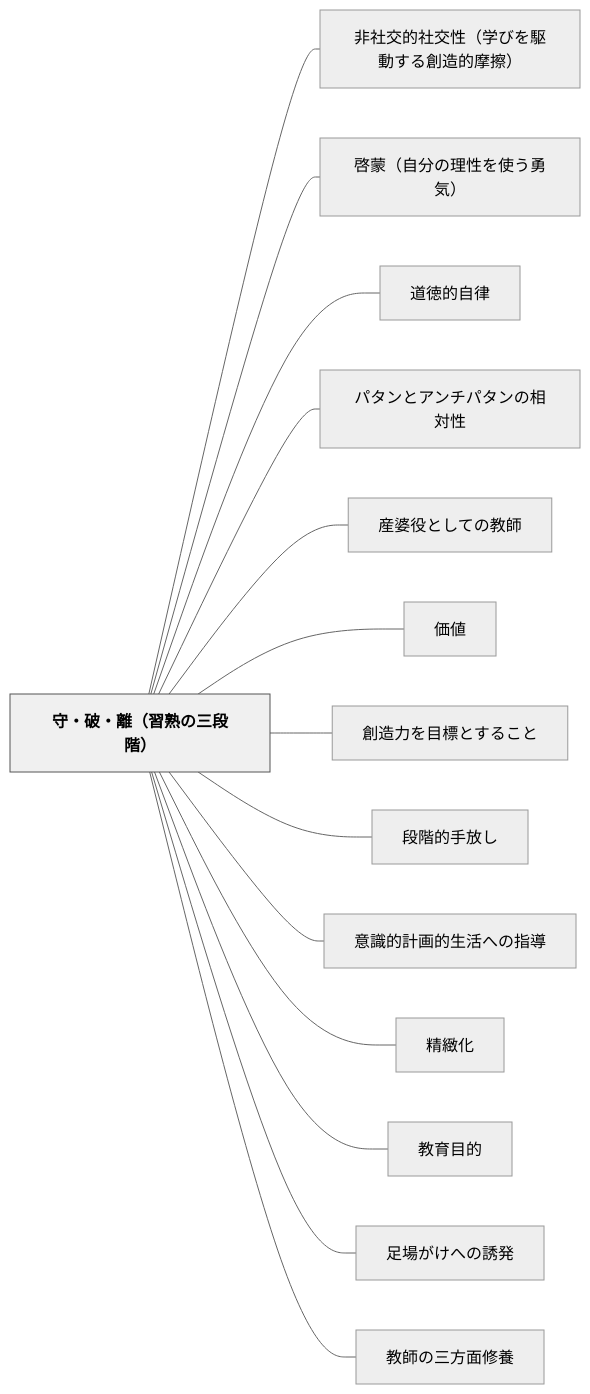
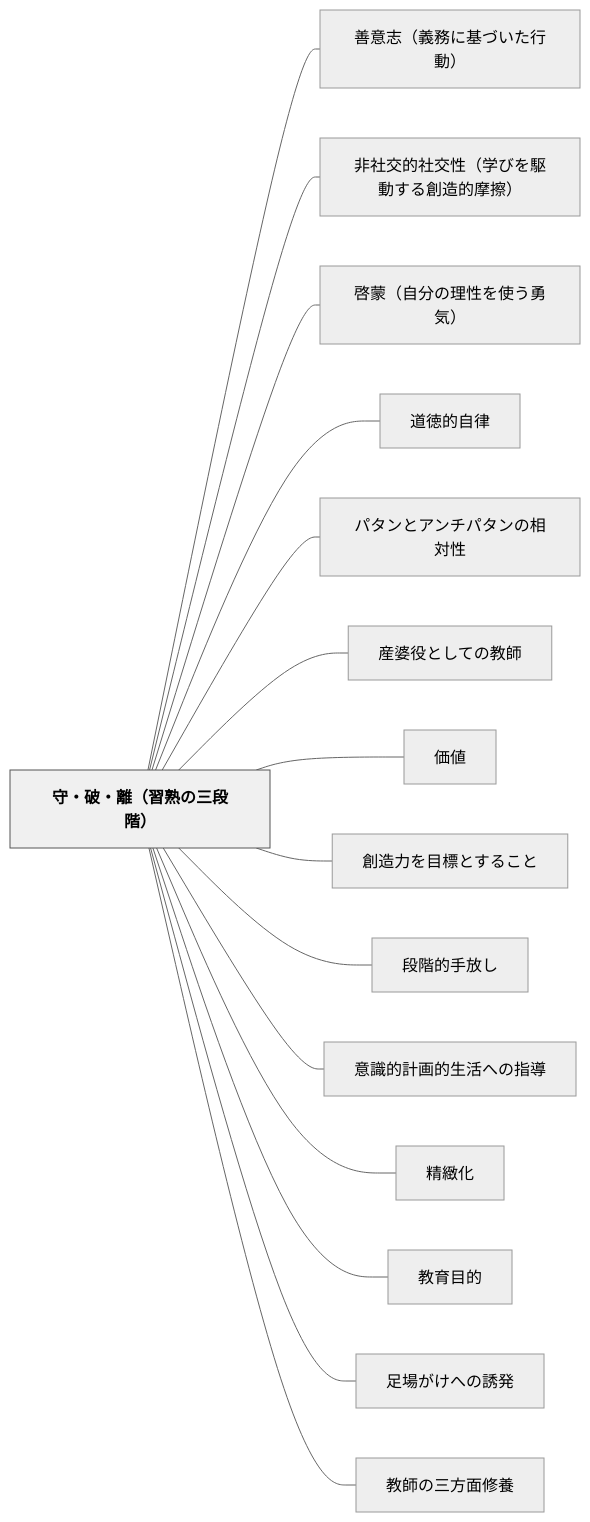
Before and after one commit to unknownthings-ed-patterns/unknownthings-ed-patterns: the diagram in content/パタン/守・破・離（習熟の三段階）.md, drawn with Mermaid (neutral theme). The commit also changed other lines of this file and 18 other files, not shown here.

````diff
--- a/content/パタン/守・破・離（習熟の三段階）.md
+++ b/content/パタン/守・破・離（習熟の三段階）.md
@@ -166,34 +167,36 @@
 ```mermaid
 flowchart LR
     ne5ae88e383bbe7a0b4e383bbe99ba2efbc88e7bf92e7869fe381aee4b889e6aeb5e99a8eefbc89["守・破・離（習熟の三段階）"]
+    ne59684e6848fe5bf97efbc88e7bea9e58b99e381abe59fbae381a5e38184e3819fe8a18ce58b95efbc89["善意志（義務に基づいた行動）"]
     ne99d9ee7a4bee4baa4e79a84e7a4bee4baa4e680a7efbc88e5ada6e381b3e38292e9a786e58b95e38199e3828be589b5e980a0e79a84e691a9e693a6efbc89["非社交的社交性（学びを駆動する創造的摩擦）"]
     ne59593e89299efbc88e887aae58886e381aee79086e680a7e38292e4bdbfe38186e58b87e6b097efbc89["啓蒙（自分の理性を使う勇気）"]
     ne98193e5beb3e79a84e887aae5be8b["道徳的自律"]
     ne38391e382bfe383b3e381a8e382a2e383b3e38381e38391e382bfe383b3e381aee79bb8e5afbee680a7["パタンとアンチパタンの相対性"]
     ne794a3e5a986e5bdb9e381a8e38197e381a6e381aee69599e5b8ab["産婆役としての教師"]
     ne4bea1e580a4["価値"]
     ne589b5e980a0e58a9be38292e79baee6a899e381a8e38199e3828be38193e381a8["創造力を目標とすること"]
     ne6aeb5e99a8ee79a84e6898be694bee38197["段階的手放し"]
     ne6848fe8ad98e79a84e8a888e794bbe79a84e7949fe6b4bbe381b8e381aee68c87e5b08e["意識的計画的生活への指導"]
     ne7b2bee7b7bbe58c96["精緻化"]
     ne69599e882b2e79baee79a84["教育目的"]
     ne8b6b3e5a0b4e3818ce38191e381b8e381aee8aa98e799ba["足場がけへの誘発"]
     ne69599e5b8abe381aee4b889e696b9e99da2e4bfaee9a48a["教師の三方面修養"]
 
+    ne5ae88e383bbe7a0b4e383bbe99ba2efbc88e7bf92e7869fe381aee4b889e6aeb5e99a8eefbc89 --- ne59684e6848fe5bf97efbc88e7bea9e58b99e381abe59fbae381a5e38184e3819fe8a18ce58b95efbc89
     ne5ae88e383bbe7a0b4e383bbe99ba2efbc88e7bf92e7869fe381aee4b889e6aeb5e99a8eefbc89 --- ne99d9ee7a4bee4baa4e79a84e7a4bee4baa4e680a7efbc88e5ada6e381b3e38292e9a786e58b95e38199e3828be589b5e980a0e79a84e691a9e693a6efbc89
     ne5ae88e383bbe7a0b4e383bbe99ba2efbc88e7bf92e7869fe381aee4b889e6aeb5e99a8eefbc89 --- ne59593e89299efbc88e887aae58886e381aee79086e680a7e38292e4bdbfe38186e58b87e6b097efbc89
     ne5ae88e383bbe7a0b4e383bbe99ba2efbc88e7bf92e7869fe381aee4b889e6aeb5e99a8eefbc89 --- ne98193e5beb3e79a84e887aae5be8b
     ne5ae88e383bbe7a0b4e383bbe99ba2efbc88e7bf92e7869fe381aee4b889e6aeb5e99a8eefbc89 --- ne38391e382bfe383b3e381a8e382a2e383b3e38381e38391e382bfe383b3e381aee79bb8e5afbee680a7
     ne5ae88e383bbe7a0b4e383bbe99ba2efbc88e7bf92e7869fe381aee4b889e6aeb5e99a8eefbc89 --- ne794a3e5a986e5bdb9e381a8e38197e381a6e381aee69599e5b8ab
     ne5ae88e383bbe7a0b4e383bbe99ba2efbc88e7bf92e7869fe381aee4b889e6aeb5e99a8eefbc89 --- ne4bea1e580a4
     ne5ae88e383bbe7a0b4e383bbe99ba2efbc88e7bf92e7869fe381aee4b889e6aeb5e99a8eefbc89 --- ne589b5e980a0e58a9be38292e79baee6a899e381a8e38199e3828be38193e381a8
     ne5ae88e383bbe7a0b4e383bbe99ba2efbc88e7bf92e7869fe381aee4b889e6aeb5e99a8eefbc89 --- ne6aeb5e99a8ee79a84e6898be694bee38197
     ne5ae88e383bbe7a0b4e383bbe99ba2efbc88e7bf92e7869fe381aee4b889e6aeb5e99a8eefbc89 --- ne6848fe8ad98e79a84e8a888e794bbe79a84e7949fe6b4bbe381b8e381aee68c87e5b08e
     ne5ae88e383bbe7a0b4e383bbe99ba2efbc88e7bf92e7869fe381aee4b889e6aeb5e99a8eefbc89 --- ne7b2bee7b7bbe58c96
     ne5ae88e383bbe7a0b4e383bbe99ba2efbc88e7bf92e7869fe381aee4b889e6aeb5e99a8eefbc89 --- ne69599e882b2e79baee79a84
     ne5ae88e383bbe7a0b4e383bbe99ba2efbc88e7bf92e7869fe381aee4b889e6aeb5e99a8eefbc89 --- ne8b6b3e5a0b4e3818ce38191e381b8e381aee8aa98e799ba
     ne5ae88e383bbe7a0b4e383bbe99ba2efbc88e7bf92e7869fe381aee4b889e6aeb5e99a8eefbc89 --- ne69599e5b8abe381aee4b889e696b9e99da2e4bfaee9a48a
 
     classDef hub fill:#f0f0f0,stroke:#555,color:#000,font-weight:bold
     class ne5ae88e383bbe7a0b4e383bbe99ba2efbc88e7bf92e7869fe381aee4b889e6aeb5e99a8eefbc89 hub
 ```
````
